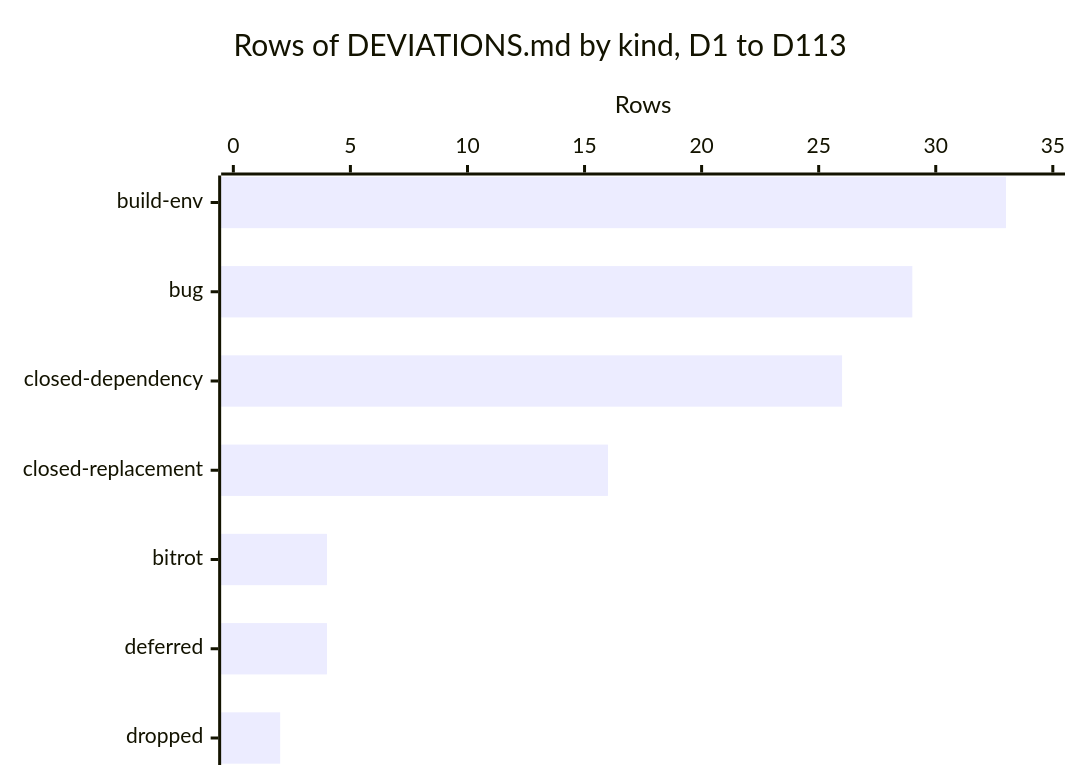
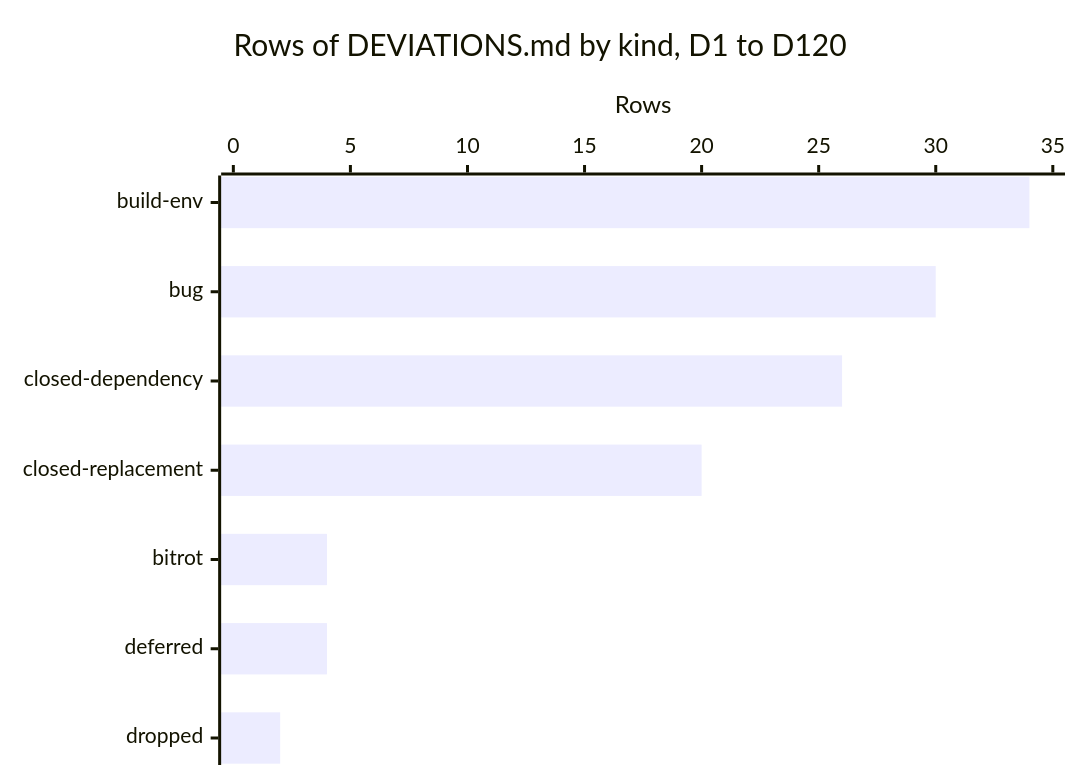
One commit to nyg/PowerDarwin changed the first of 2 diagrams in docs/src/synthesis/kinds-of-deviation.md. Above: the diagram before and after it, drawn with Mermaid. The commit also changed other lines of this file, not shown here.

Commit message:
docs: count and sort the deviations up to D120 (#16)

````diff
--- a/docs/src/synthesis/kinds-of-deviation.md
+++ b/docs/src/synthesis/kinds-of-deviation.md
@@ -27,7 +27,7 @@
 ```mermaid
 xychart-beta horizontal
-    title "Rows of DEVIATIONS.md by kind, D1 to D113"
+    title "Rows of DEVIATIONS.md by kind, D1 to D120"
     x-axis ["build-env", "bug", "closed-dependency", "closed-replacement", "bitrot", "deferred", "dropped"]
     y-axis "Rows" 0 --> 35
-    bar [33, 29, 26, 16, 4, 4, 2]
+    bar [34, 30, 26, 20, 4, 4, 2]
 ```
````
